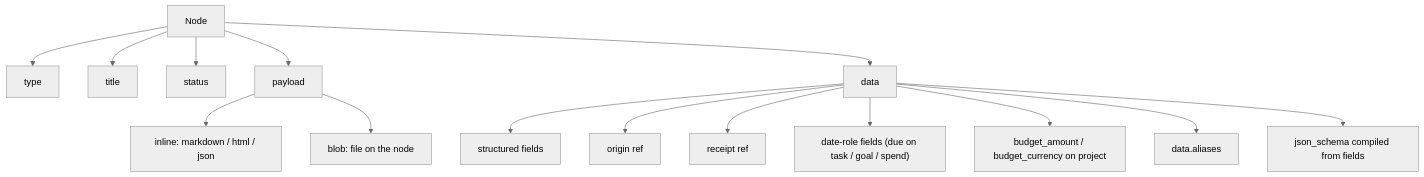
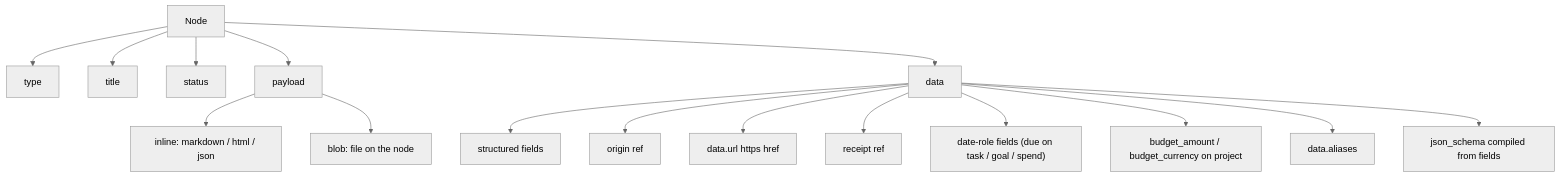
Before and after one commit to dgraziosi/foundation: the third of 11 diagrams in docs/ARCHITECTURE.md, drawn with Mermaid (neutral theme). The commit also changed other lines of this file and 10 other files, not shown here.

First line of the commit message:
Design living SoT pointer as origin plus data.url

````diff
--- a/docs/ARCHITECTURE.md
+++ b/docs/ARCHITECTURE.md
@@ -64,20 +64,21 @@
 ```mermaid
 flowchart TB
   node_box["Node"]
   node_box --> node_type["type"]
   node_box --> node_title["title"]
   node_box --> node_status["status"]
   node_box --> node_payload["payload"]
   node_box --> node_data["data"]
 
   node_payload --> inline["inline: markdown / html / json"]
   node_payload --> blob_on_node["blob: file on the node"]
 
   node_data --> structured["structured fields"]
   node_data --> origin["origin ref"]
+  node_data --> url["data.url https href"]
   node_data --> receipt["receipt ref"]
   node_data --> due["date-role fields (due on task / goal / spend)"]
   node_data --> budget["budget_amount / budget_currency on project"]
   node_data --> aliases["data.aliases"]
   node_data --> schema["json_schema compiled from fields"]
 ```
````
